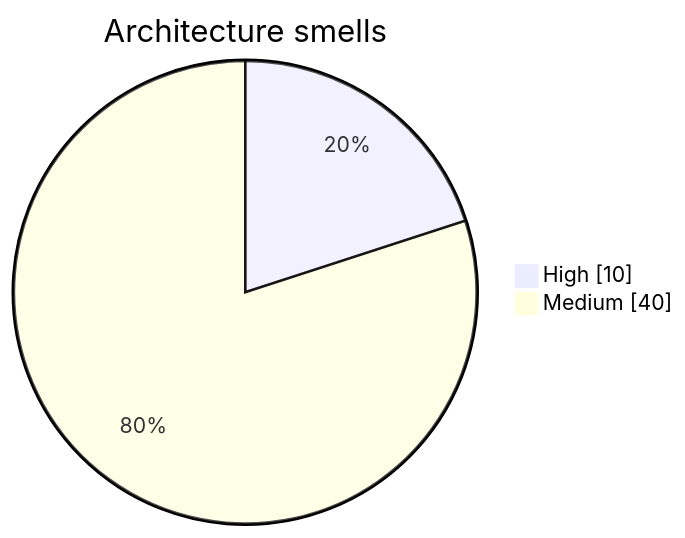
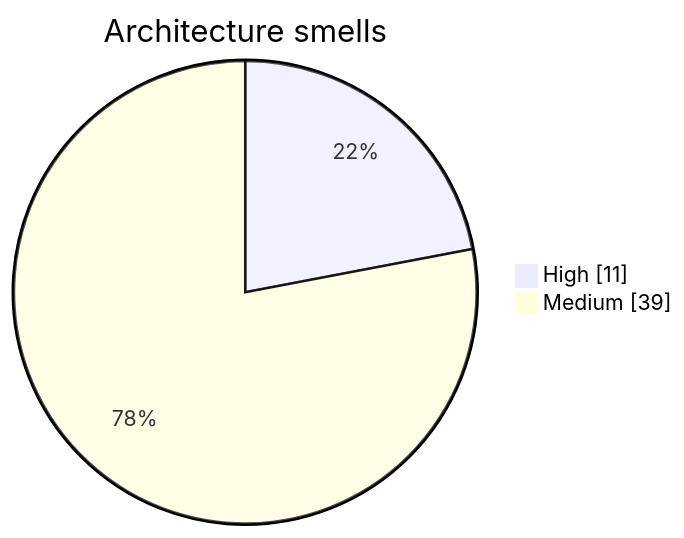
One commit to wolframs/jspace-probes changed diagram 14 of 15 in .mentis/context/graphs.md. Above: the diagram before and after it, drawn with Mermaid. The commit also changed other lines of this file and 366 other files, not shown here.

````diff
--- a/.mentis/context/graphs.md
+++ b/.mentis/context/graphs.md
@@ -287,5 +288,5 @@
 ```mermaid
 pie showData title Architecture smells
-    "High" : 10
-    "Medium" : 40
+    "High" : 11
+    "Medium" : 39
 ```
````
